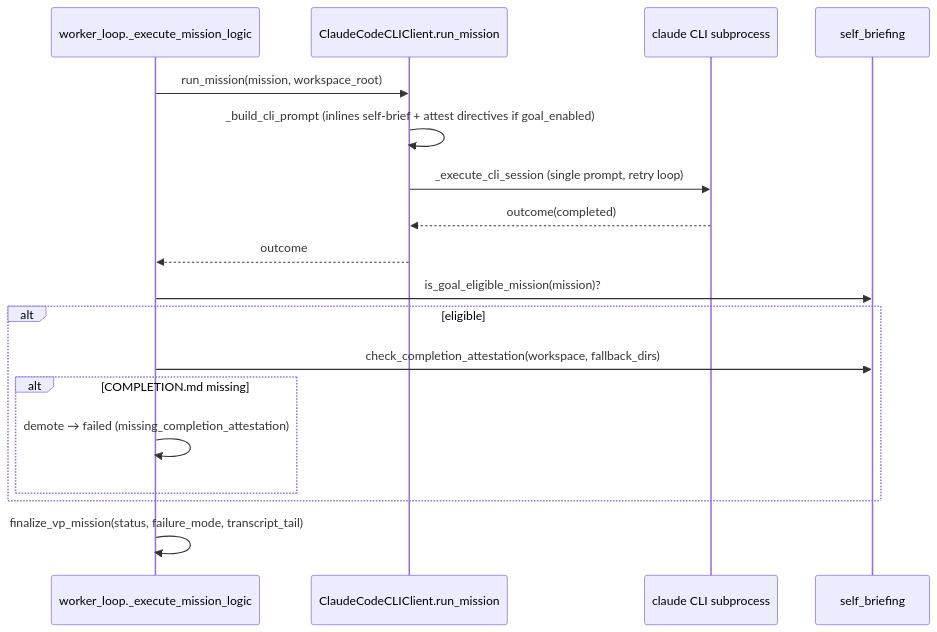
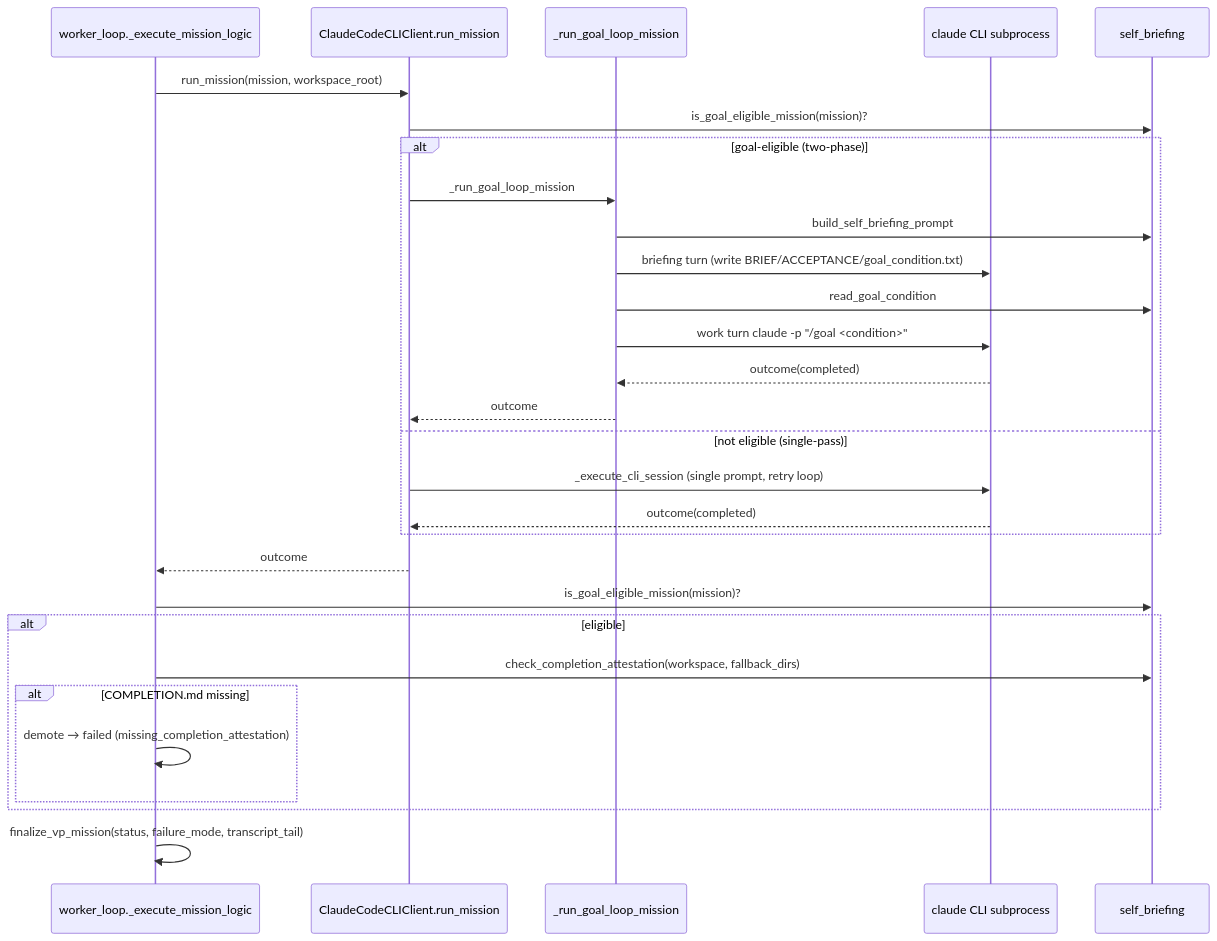
The second of 2 diagrams in project_docs/03_agents/05_idle_dispatch_and_goal_loop.md (Kjdragan/universal_agent), drawn with Mermaid before and after one commit. The commit also changed other lines of this file and 34 other files, not shown here.

````diff
--- a/project_docs/03_agents/05_idle_dispatch_and_goal_loop.md
+++ b/project_docs/03_agents/05_idle_dispatch_and_goal_loop.md
@@ -243,20 +256,31 @@
 ```mermaid
 sequenceDiagram
     participant WL as worker_loop._execute_mission_logic
     participant CLI as ClaudeCodeCLIClient.run_mission
+    participant GL as _run_goal_loop_mission
     participant Sub as claude CLI subprocess
     participant SB as self_briefing
     WL->>CLI: run_mission(mission, workspace_root)
-    CLI->>CLI: _build_cli_prompt (inlines self-brief + attest directives if goal_enabled)
-    CLI->>Sub: _execute_cli_session (single prompt, retry loop)
-    Sub-->>CLI: outcome(completed)
+    CLI->>SB: is_goal_eligible_mission(mission)?
+    alt goal-eligible (two-phase)
+        CLI->>GL: _run_goal_loop_mission
+        GL->>SB: build_self_briefing_prompt
+        GL->>Sub: briefing turn (write BRIEF/ACCEPTANCE/goal_condition.txt)
+        GL->>SB: read_goal_condition
+        GL->>Sub: work turn  claude -p "/goal <condition>"
+        Sub-->>GL: outcome(completed)
+        GL-->>CLI: outcome
+    else not eligible (single-pass)
+        CLI->>Sub: _execute_cli_session (single prompt, retry loop)
+        Sub-->>CLI: outcome(completed)
+    end
     CLI-->>WL: outcome
     WL->>SB: is_goal_eligible_mission(mission)?
     alt eligible
         WL->>SB: check_completion_attestation(workspace, fallback_dirs)
         alt COMPLETION.md missing
             WL->>WL: demote → failed (missing_completion_attestation)
         end
     end
     WL->>WL: finalize_vp_mission(status, failure_mode, transcript_tail)
 ```
````
